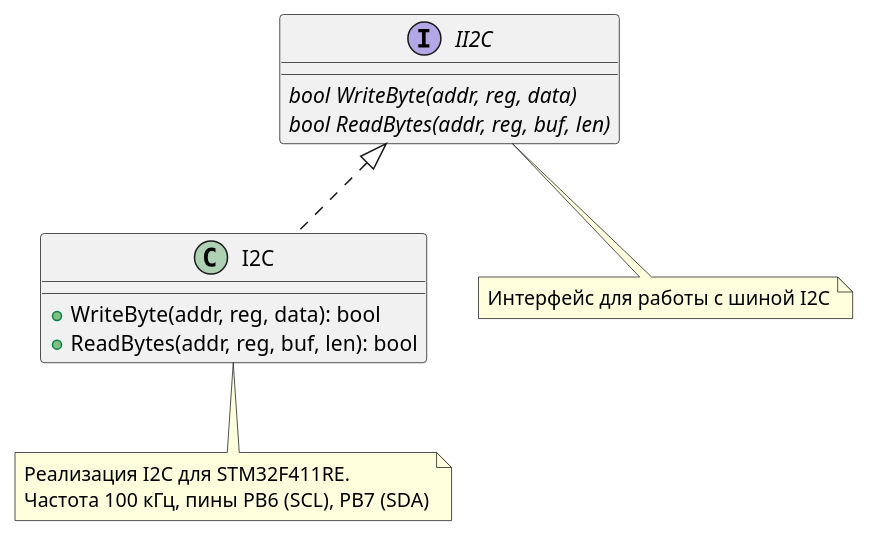
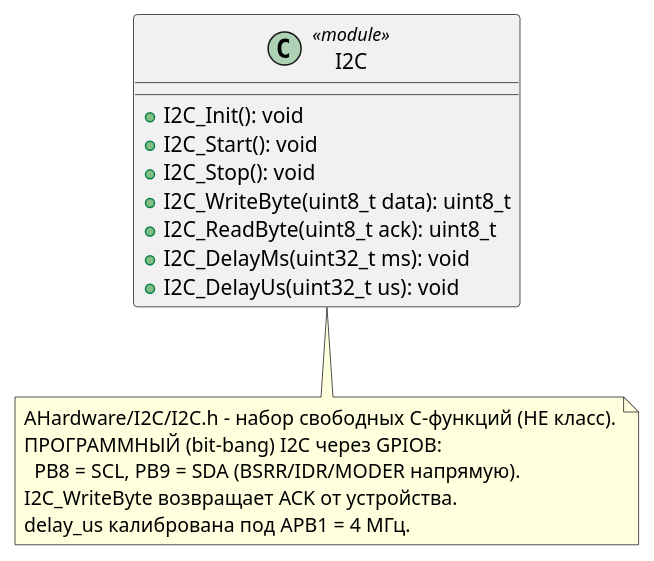
One commit to Cuprum1736/IAR-lab changed the diagram in puml_files/I2C.puml. Above: the diagram before and after it, drawn with PlantUML. The commit also changed 42 other files, not shown here.

```diff
--- a/puml_files/I2C.puml
+++ b/puml_files/I2C.puml
@@ -1,25 +1,20 @@
 @startuml
-interface II2C
+class "I2C" as I2C <<module>>
 {
-    {abstract} bool WriteByte(addr, reg, data)
-    {abstract} bool ReadBytes(addr, reg, buf, len)
+    + I2C_Init(): void
+    + I2C_Start(): void
+    + I2C_Stop(): void
+    + I2C_WriteByte(uint8_t data): uint8_t
+    + I2C_ReadByte(uint8_t ack): uint8_t
+    + I2C_DelayMs(uint32_t ms): void
+    + I2C_DelayUs(uint32_t us): void
 }
 
-class I2C
-{
-    + WriteByte(addr, reg, data): bool
-    + ReadBytes(addr, reg, buf, len): bool
-}
-
-II2C <|.. I2C
-
-note bottom of II2C
-  Интерфейс для работы с шиной I2C
+note bottom of I2C
+  AHardware/I2C/I2C.h - набор свободных C-функций (НЕ класс).
+  ПРОГРАММНЫЙ (bit-bang) I2C через GPIOB:
+    PB8 = SCL, PB9 = SDA (BSRR/IDR/MODER напрямую).
+  I2C_WriteByte возвращает ACK от устройства.
+  delay_us калибрована под APB1 = 4 МГц.
 end note
-
-note bottom of I2C
-  Реализация I2C для STM32F411RE.
-  Частота 100 кГц, пины PB6 (SCL), PB7 (SDA)
-end note
-
 @enduml
```
